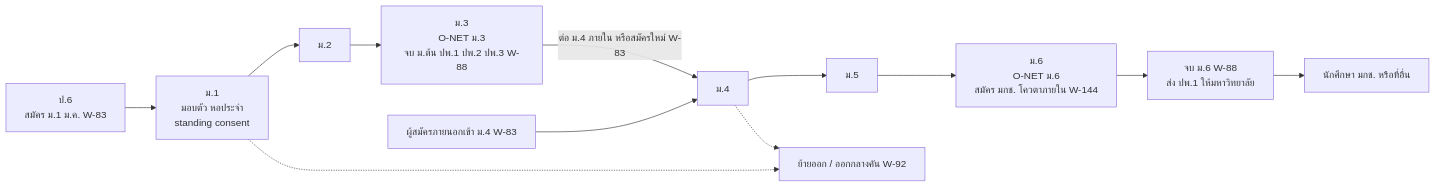
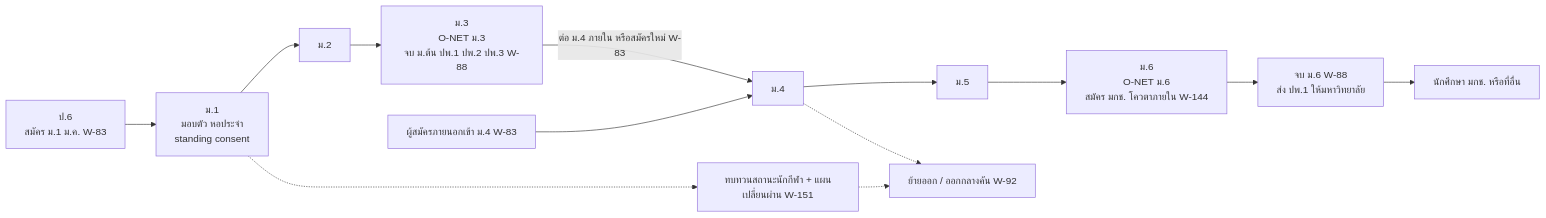
The fourth of 4 diagrams in tnsu-system/docs/02-student-journey.md (Ruttanachote/Ai), drawn with Mermaid before and after one commit. The commit also changed other lines of this file and 10 other files, not shown here.

````diff
--- a/tnsu-system/docs/02-student-journey.md
+++ b/tnsu-system/docs/02-student-journey.md
@@ -1017,12 +1097,13 @@
 ```mermaid
 flowchart LR
   P6["ป.6<br/>สมัคร ม.1 ม.ค. W-83"] --> M1["ม.1<br/>มอบตัว หอประจำ<br/>standing consent"]
   M1 --> M2["ม.2"] --> M3["ม.3<br/>O-NET ม.3<br/>จบ ม.ต้น ปพ.1 ปพ.2 ปพ.3 W-88"]
   M3 -->|"ต่อ ม.4 ภายใน หรือสมัครใหม่ W-83"| M4["ม.4"]
   OUT["ผู้สมัครภายนอกเข้า ม.4 W-83"] --> M4
   M4 --> M5["ม.5"] --> M6["ม.6<br/>O-NET ม.6<br/>สมัคร มกช. โควตาภายใน W-144"]
   M6 --> GR6["จบ ม.6 W-88<br/>ส่ง ปพ.1 ให้มหาวิทยาลัย"]
   GR6 --> UNI["นักศึกษา มกช. หรือที่อื่น"]
-  M1 -.-> TX["ย้ายออก / ออกกลางคัน W-92"]
+  M1 -.-> RR["ทบทวนสถานะนักกีฬา + แผนเปลี่ยนผ่าน W-151"]
+  RR -.-> TX["ย้ายออก / ออกกลางคัน W-92"]
   M4 -.-> TX
 ```
````
